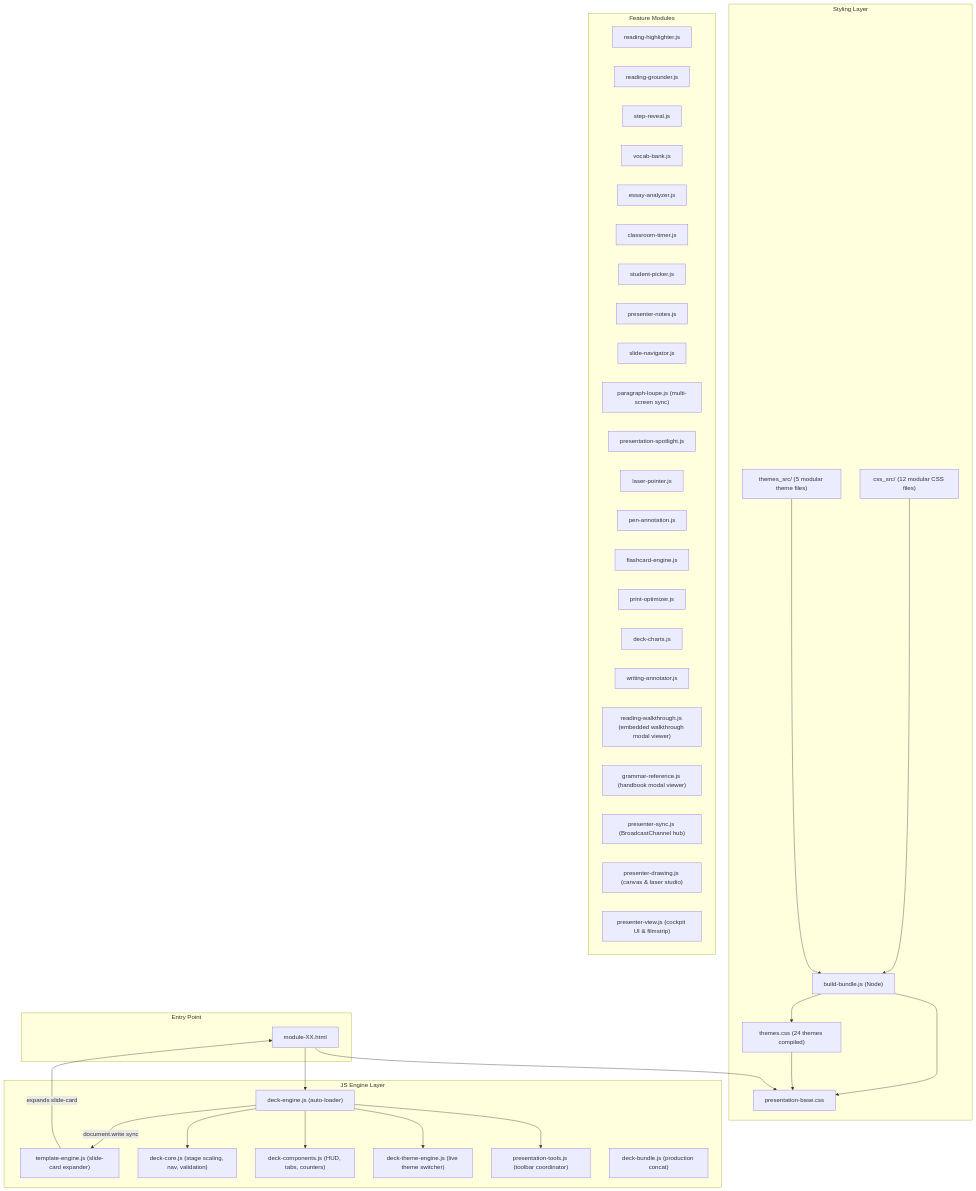
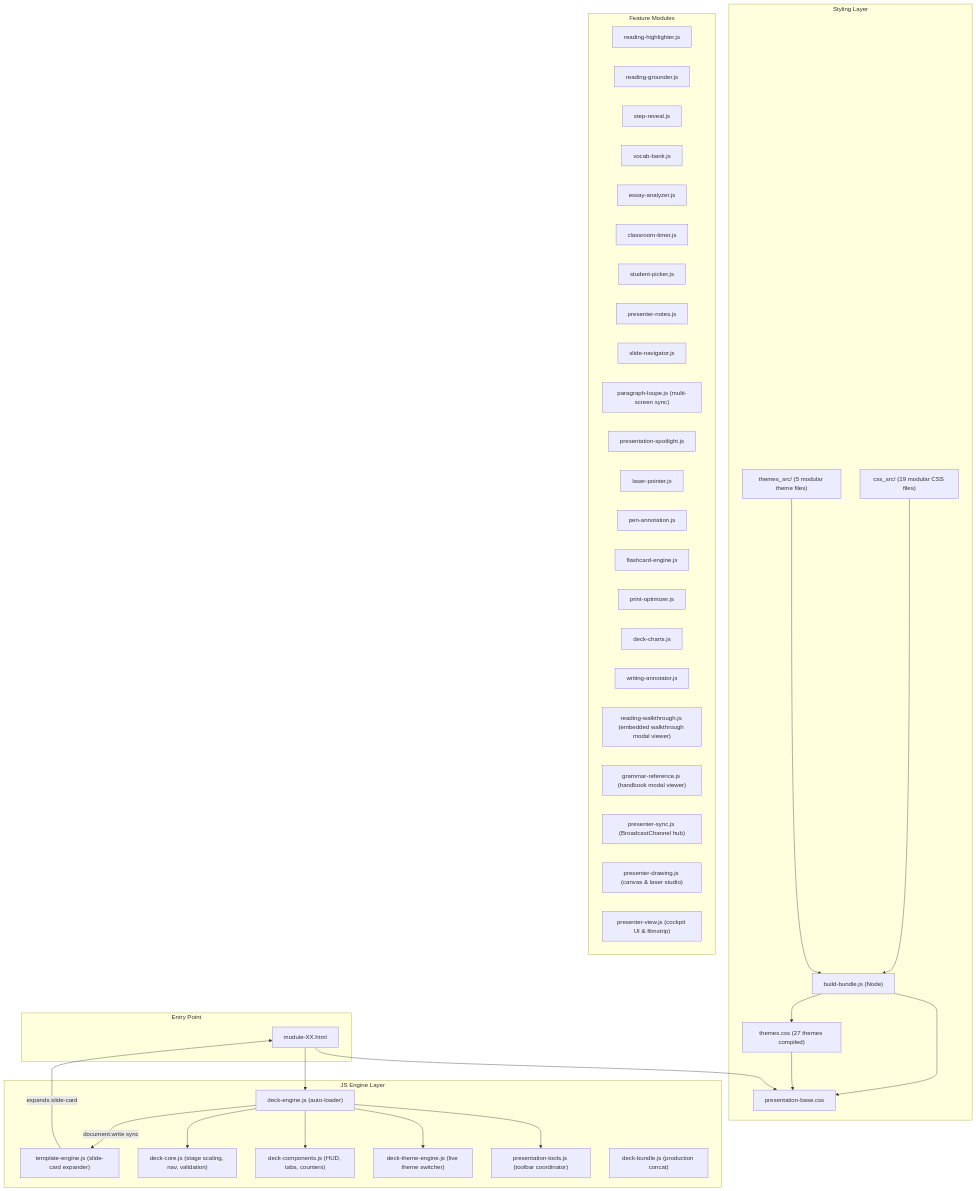
The diagram in .agents/skills/ielts-presentation-authoring/references/architecture_and_rules.md (NeoTetsuya/Expert-IELTS-lessons), drawn with Mermaid before and after one commit. The commit also changed other lines of this file and 28 other files, not shown here.

````diff
--- a/.agents/skills/ielts-presentation-authoring/references/architecture_and_rules.md
+++ b/.agents/skills/ielts-presentation-authoring/references/architecture_and_rules.md
@@ -5,61 +5,61 @@
 ```mermaid
 graph TB
     subgraph "Entry Point"
         HTML["module-XX.html"]
     end
 
     subgraph "Styling Layer"
-        CSS_SRC["css_src/ (12 modular CSS files)"]
+        CSS_SRC["css_src/ (19 modular CSS files)"]
         THEME_SRC["themes_src/ (5 modular theme files)"]
         BUILD["build-bundle.js (Node)"]
         CSS_OUT["presentation-base.css"]
-        THEMES["themes.css (24 themes compiled)"]
+        THEMES["themes.css (27 themes compiled)"]
         CSS_SRC --> BUILD --> CSS_OUT
         THEME_SRC --> BUILD --> THEMES
         THEMES --> CSS_OUT
     end
 
     subgraph "JS Engine Layer"
         LOADER["deck-engine.js (auto-loader)"]
         TMPL["template-engine.js (slide-card expander)"]
         CORE["deck-core.js (stage scaling, nav, validation)"]
         COMP["deck-components.js (HUD, tabs, counters)"]
         THEME_JS["deck-theme-engine.js (live theme switcher)"]
         TOOLS["presentation-tools.js (toolbar coordinator)"]
         BUNDLE["deck-bundle.js (production concat)"]
     end
 
     subgraph "Feature Modules"
         READ_HL["reading-highlighter.js"]
         READ_GR["reading-grounder.js"]
         STEP["step-reveal.js"]
         VOCAB["vocab-bank.js"]
         ESSAY["essay-analyzer.js"]
         TIMER["classroom-timer.js"]
         PICKER["student-picker.js"]
         NOTES["presenter-notes.js"]
         NAV["slide-navigator.js"]
         LOUPE["paragraph-loupe.js (multi-screen sync)"]
         SPOT["presentation-spotlight.js"]
         LASER["laser-pointer.js"]
         PEN["pen-annotation.js"]
         FLASH["flashcard-engine.js"]
         PRINT["print-optimizer.js"]
         CHARTS["deck-charts.js"]
         WRITE["writing-annotator.js"]
         WT["reading-walkthrough.js (embedded walkthrough modal viewer)"]
         GRAMMAR_REF["grammar-reference.js (handbook modal viewer)"]
         PSYNC["presenter-sync.js (BroadcastChannel hub)"]
         PDRAW["presenter-drawing.js (canvas & laser studio)"]
         PVIEW["presenter-view.js (cockpit UI & filmstrip)"]
     end
 
     HTML --> CSS_OUT
     HTML --> LOADER
     LOADER -->|"document.write sync"| TMPL
     LOADER --> CORE
     LOADER --> COMP
     LOADER --> THEME_JS
     LOADER --> TOOLS
     TMPL -->|"expands slide-card"| HTML
 ```
````
